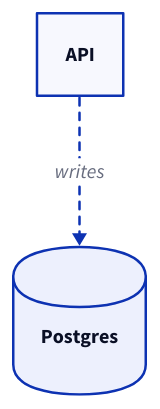
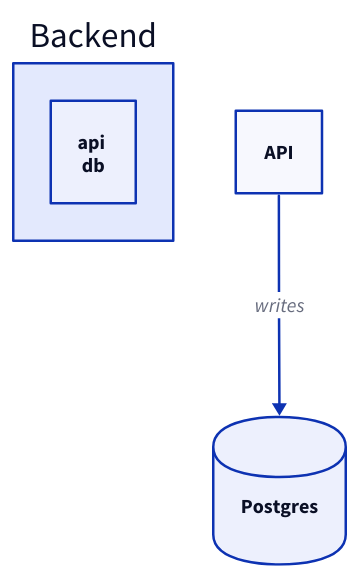
The diagram in PLAN.md (theodo-group/epure), drawn with D2 before and after one commit. The commit also changed other lines of this file and 4 other files, not shown here.

First line of the commit message:
feat(cc): epure-diagram skill + accurate docs + schema drift-guard (Phase 3)

````diff
--- a/PLAN.md
+++ b/PLAN.md
@@ -14,6 +14,8 @@
 ```d2
 # system.epr.d2
 api: API { shape: rectangle }
 db: Postgres { shape: cylinder }
-api -> db: "writes" { style.stroke-dash: 3 }
+api -> db: "writes"
+
+Backend: "Backend" { api \n db }
 ```
````
